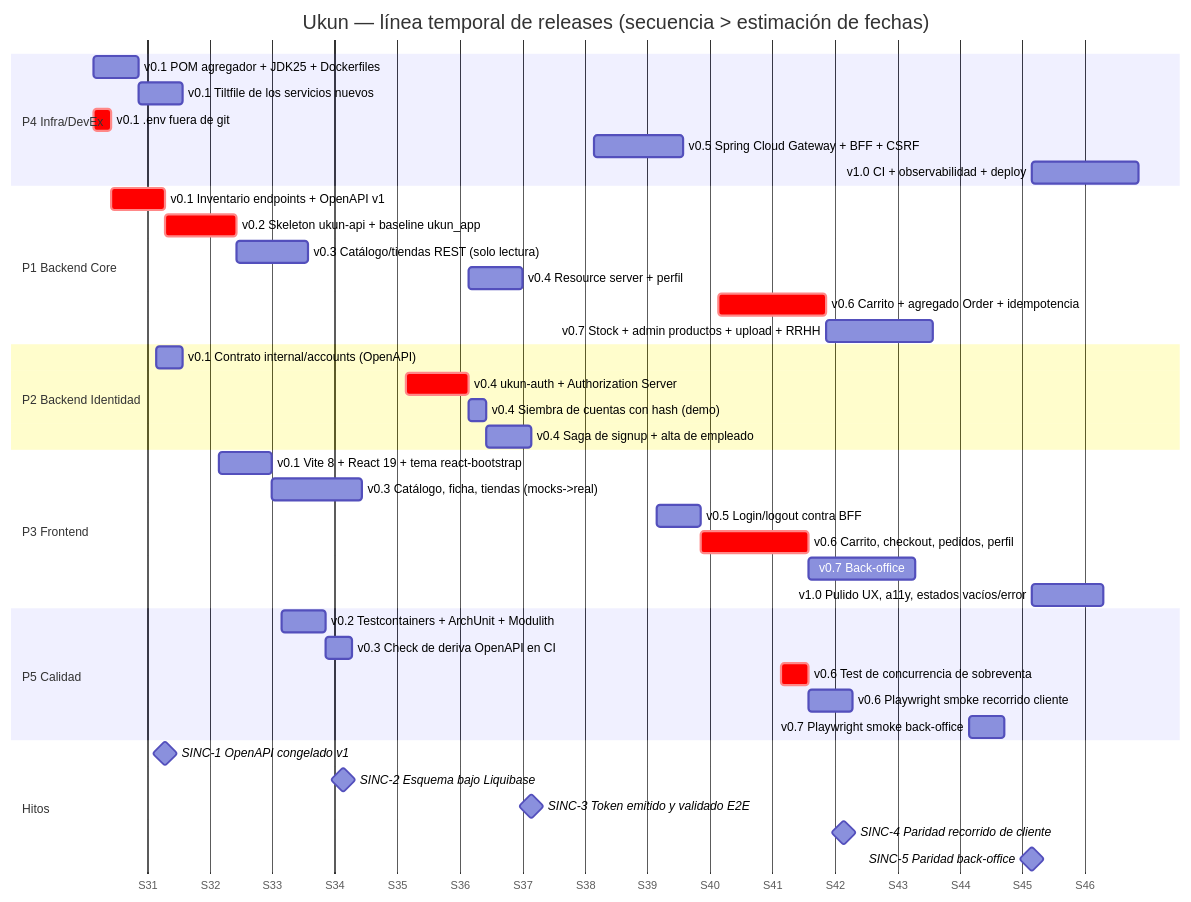
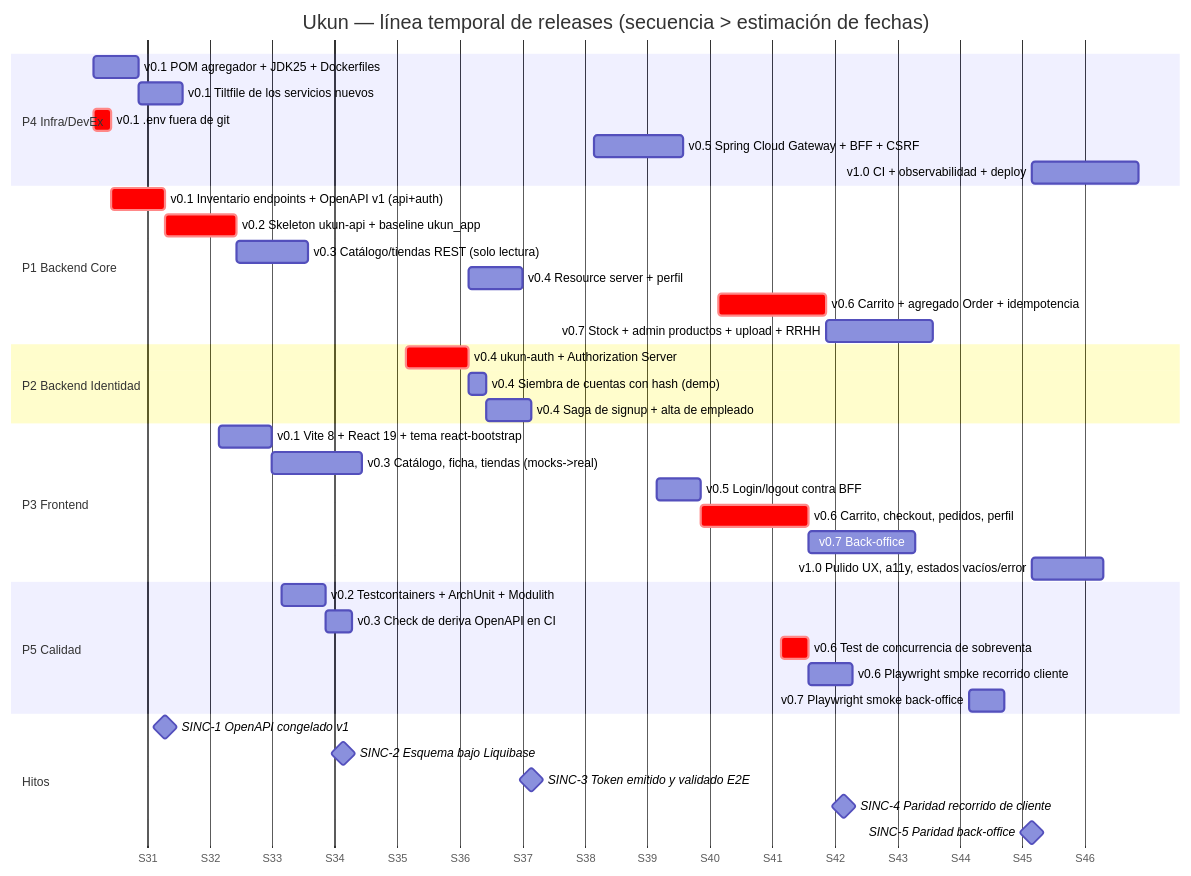
Before and after one commit to sandoretti/ukun: the second of 2 diagrams in docs/04-roadmap.md, drawn with Mermaid. The commit also changed other lines of this file, not shown here.

Commit message:
docs(roadmap): los dos contratos OpenAPI entran en el mismo item de v0.1
El inventario de endpoints (v0.1 item c) cubre ukun-api.yaml y
ukun-auth.yaml, con la superficie repartida segun la frontera de
servicios de ADR-0003/ADR-0004: el contrato interno /internal/accounts
es de ukun-auth, todo lo publico es de ukun-api. Anadido /api/signup,
que lo orquesta el API (08-identidad-y-seguridad.md 3) y faltaba en la
lista.

El gantt tenia "Contrato internal/accounts" como tarea suelta de P2 sin
issue asociado; se elimina esa linea porque el trabajo vive dentro de b0
en P1, que pasa a llamarse "(api+auth)". Ninguna tarea dependia de a0
con un after, asi que el diagrama no cambia de forma.

Refs #3

````diff
--- a/docs/04-roadmap.md
+++ b/docs/04-roadmap.md
@@ -92,49 +92,48 @@
 ```mermaid
 gantt
     title Ukun — línea temporal de releases (secuencia > estimación de fechas)
     dateFormat  YYYY-MM-DD
     axisFormat  S%W
 
     section P4 Infra/DevEx
     v0.1 POM agregador + JDK25 + Dockerfiles     :i1, 2026-08-03, 5d
     v0.1 Tiltfile de los servicios nuevos        :i2, after i1, 5d
     v0.1 .env fuera de git                       :crit, i3, 2026-08-03, 2d
     v0.5 Spring Cloud Gateway + BFF + CSRF       :i4, 2026-09-28, 10d
     v1.0 CI + observabilidad + deploy            :i6, 2026-11-16, 12d
 
     section P1 Backend Core
-    v0.1 Inventario endpoints + OpenAPI v1        :crit, b0, 2026-08-05, 6d
+    v0.1 Inventario endpoints + OpenAPI v1 (api+auth) :crit, b0, 2026-08-05, 6d
     v0.2 Skeleton ukun-api + baseline ukun_app    :crit, b1, after b0, 8d
     v0.3 Catálogo/tiendas REST (solo lectura)     :b3, after b1, 8d
     v0.4 Resource server + perfil                 :b4, 2026-09-14, 6d
     v0.6 Carrito + agregado Order + idempotencia  :crit, b5, 2026-10-12, 12d
     v0.7 Stock + admin productos + upload + RRHH  :b6, after b5, 12d
 
     section P2 Backend Identidad
-    v0.1 Contrato internal/accounts (OpenAPI)     :a0, 2026-08-10, 3d
     v0.4 ukun-auth + Authorization Server         :crit, a1, 2026-09-07, 7d
     v0.4 Siembra de cuentas con hash (demo)       :a2, after a1, 2d
     v0.4 Saga de signup + alta de empleado        :a3, after a2, 5d
 
     section P3 Frontend
     v0.1 Vite 8 + React 19 + tema react-bootstrap :f0, 2026-08-17, 6d
     v0.3 Catálogo, ficha, tiendas (mocks->real)   :f1, after f0, 10d
     v0.5 Login/logout contra BFF                  :f2, 2026-10-05, 5d
     v0.6 Carrito, checkout, pedidos, perfil       :crit, f3, after f2, 12d
     v0.7 Back-office: stock + admin               :f4, after f3, 12d
     v1.0 Pulido UX, a11y, estados vacíos/error    :f5, 2026-11-16, 8d
 
     section P5 Calidad
     v0.2 Testcontainers + ArchUnit + Modulith     :q1, 2026-08-24, 5d
     v0.3 Check de deriva OpenAPI en CI            :q2, after q1, 3d
     v0.6 Test de concurrencia de sobreventa       :crit, q3, 2026-10-19, 3d
     v0.6 Playwright smoke recorrido cliente       :q4, after q3, 5d
     v0.7 Playwright smoke back-office             :q5, 2026-11-09, 4d
 
     section Hitos
     SINC-1 OpenAPI congelado v1                   :milestone, m1, 2026-08-11, 0d
     SINC-2 Esquema bajo Liquibase                 :milestone, m2, 2026-08-31, 0d
     SINC-3 Token emitido y validado E2E           :milestone, m3, 2026-09-21, 0d
     SINC-4 Paridad recorrido de cliente           :milestone, m4, 2026-10-26, 0d
     SINC-5 Paridad back-office                    :milestone, m5, 2026-11-16, 0d
 ```
````
